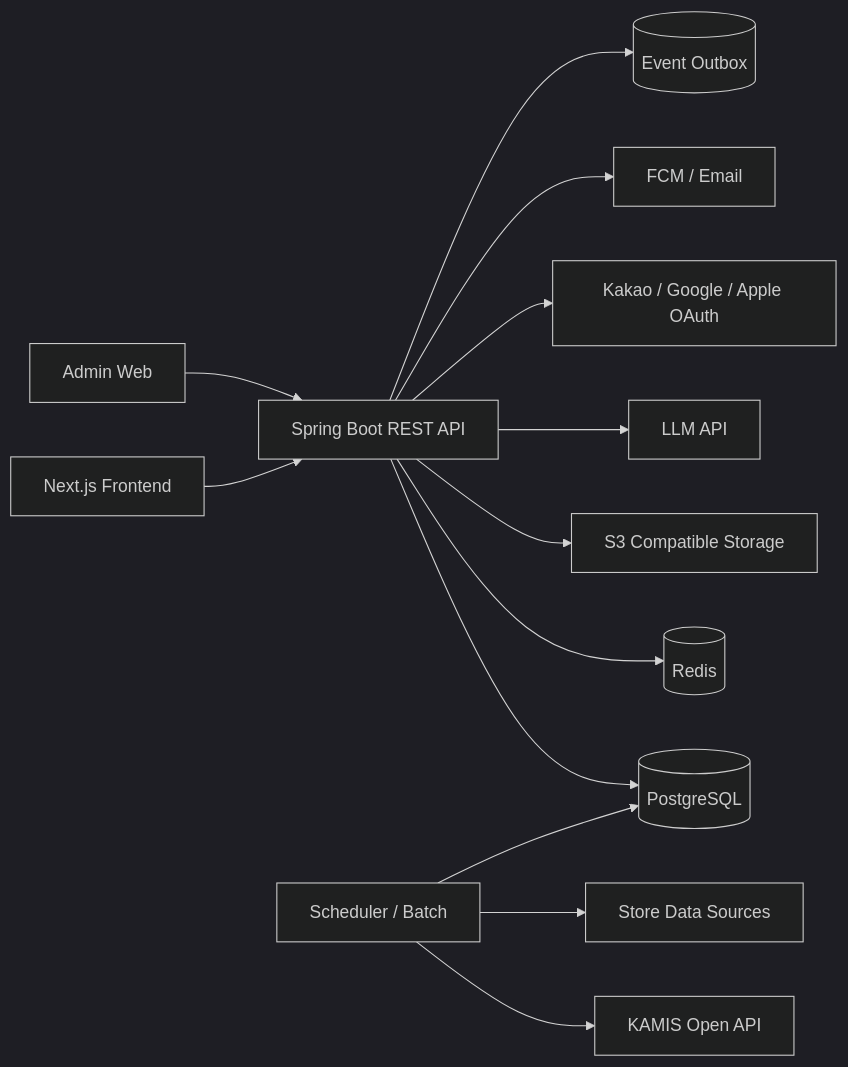
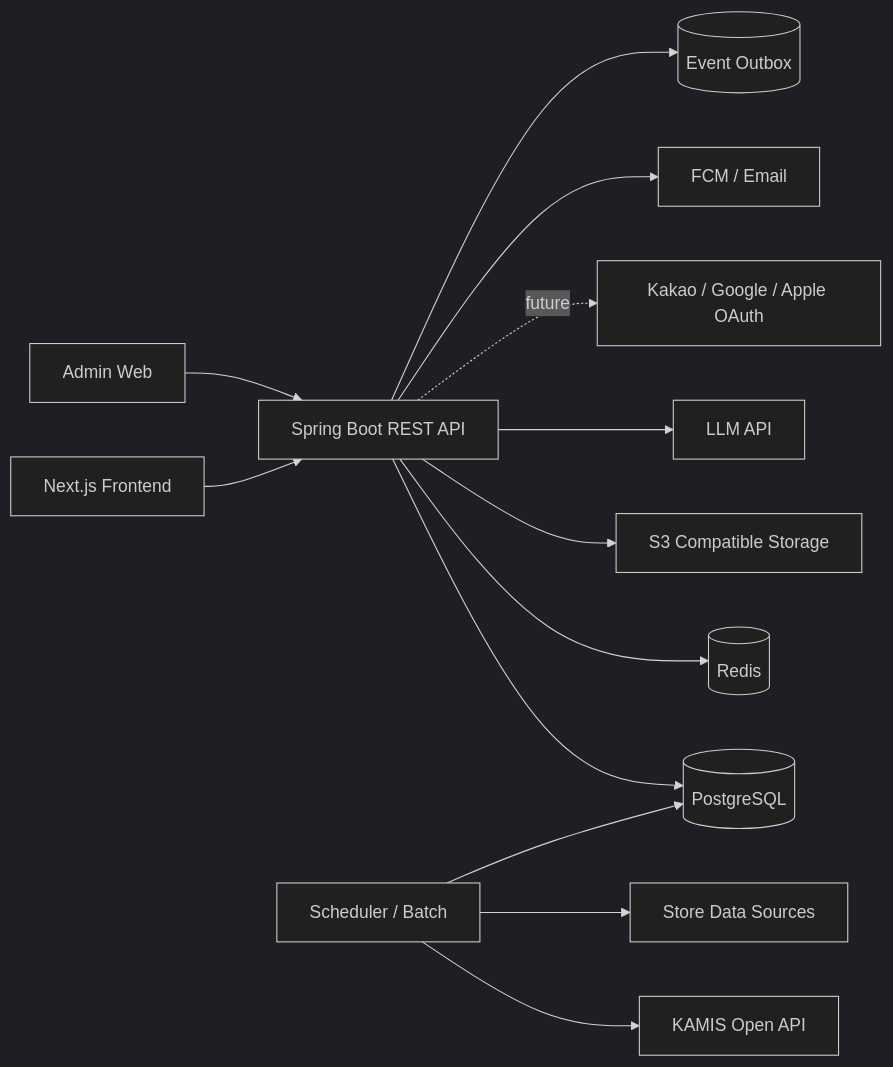
Before and after one commit to Bobsimz/seasonal-kitchen: the first of 2 diagrams in backend/docs/01-architecture.md, drawn with Mermaid (dark theme). The commit also changed other lines of this file and 17 other files, not shown here.

````diff
--- a/backend/docs/01-architecture.md
+++ b/backend/docs/01-architecture.md
@@ -15,17 +15,17 @@
 ```mermaid
 flowchart LR
     FE["Next.js Frontend"] --> API["Spring Boot REST API"]
     ADMIN["Admin Web"] --> API
 
     API --> DB[("PostgreSQL")]
     API --> REDIS[("Redis")]
     API --> STORAGE["S3 Compatible Storage"]
     API --> LLM["LLM API"]
-    API --> OAUTH["Kakao / Google / Apple OAuth"]
+    API -. future .-> OAUTH["Kakao / Google / Apple OAuth"]
     API --> PUSH["FCM / Email"]
     API --> OUTBOX[("Event Outbox")]
 
     BATCH["Scheduler / Batch"] --> KAMIS["KAMIS Open API"]
     BATCH --> STORE["Store Data Sources"]
     BATCH --> DB
 ```
````
